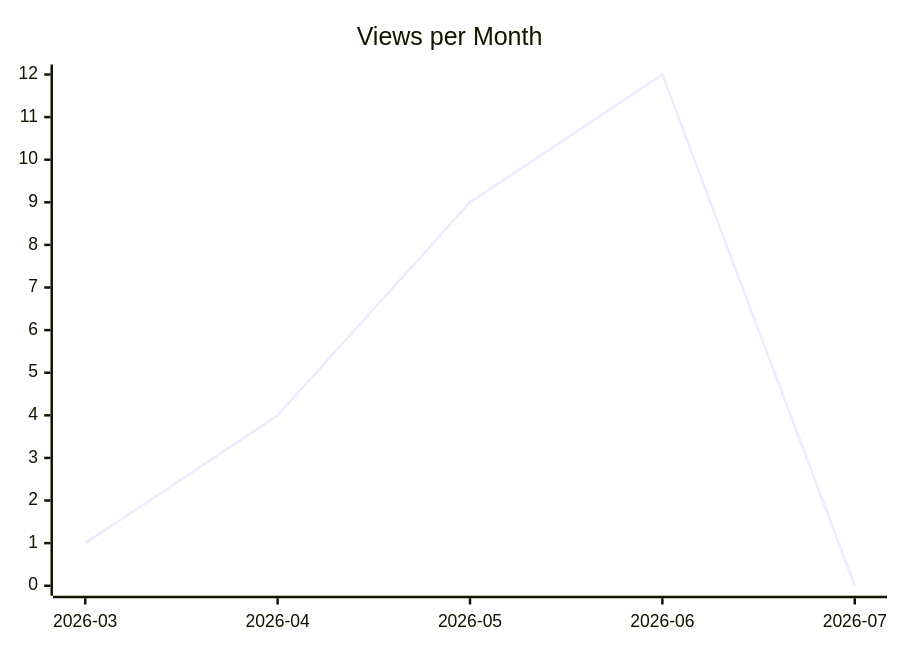
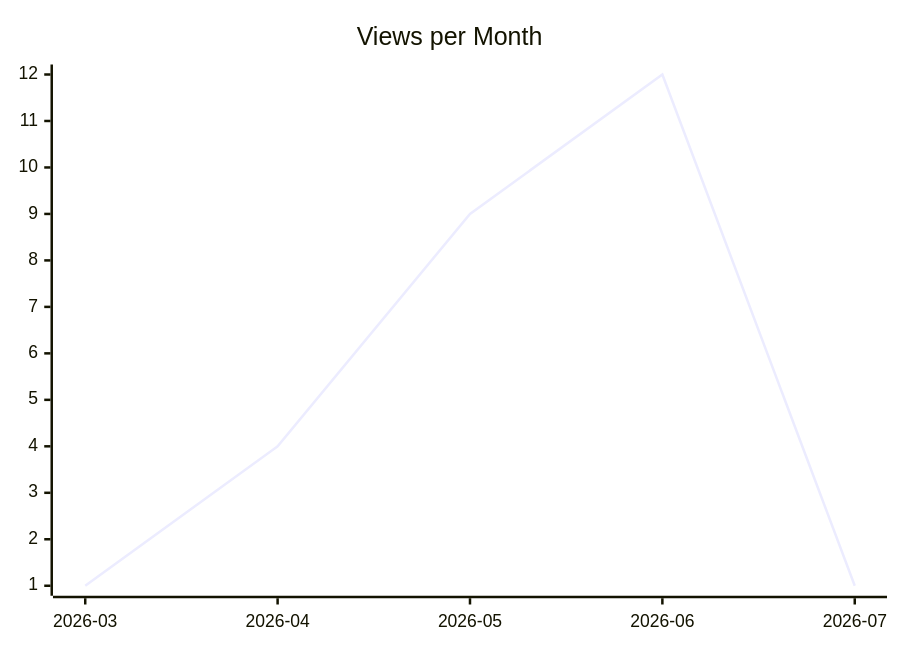
The second of 3 diagrams in justdavis-family/justdavis/README.md (justdavis-family/github-analytics-data), drawn with Mermaid before and after one commit. The commit also changed other lines of this file and 182 other files, not shown here.

````diff
--- a/justdavis-family/justdavis/README.md
+++ b/justdavis-family/justdavis/README.md
@@ -12,6 +12,6 @@
 ```mermaid
 xychart-beta
   title "Views per Month"
   x-axis ["2026-03", "2026-04", "2026-05", "2026-06", "2026-07"]
-  line [1, 4, 9, 12, 0]
+  line [1, 4, 9, 12, 1]
 ```
````
